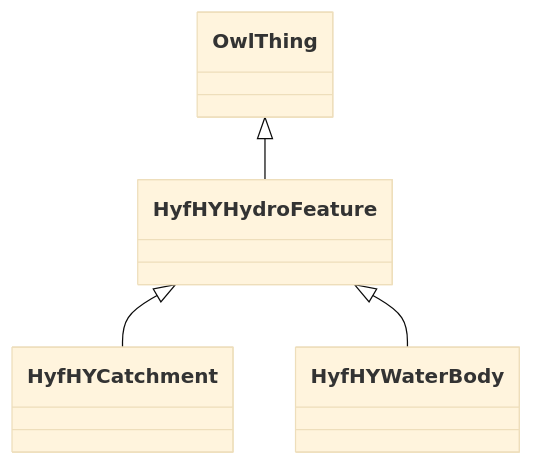
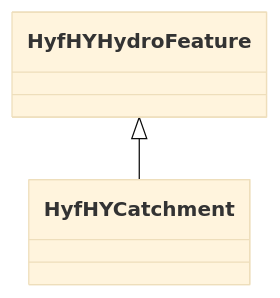
The diagram in hydrology-kg/classes/HyfHYHydroFeature.md (frink-okn/graph-descriptions), drawn with Mermaid (base theme) before and after one commit. The commit also changed other lines of this file and 253 other files, not shown here.

````diff
--- a/hydrology-kg/classes/HyfHYHydroFeature.md
+++ b/hydrology-kg/classes/HyfHYHydroFeature.md
@@ -16,16 +23,9 @@
 ```mermaid
  classDiagram
     class HyfHYHydroFeature
     click HyfHYHydroFeature href "../HyfHYHydroFeature"
-      OwlThing <|-- HyfHYHydroFeature
-        click OwlThing href "../OwlThing"
-      
-
       HyfHYHydroFeature <|-- HyfHYCatchment
         click HyfHYCatchment href "../HyfHYCatchment"
-      HyfHYHydroFeature <|-- HyfHYWaterBody
-        click HyfHYWaterBody href "../HyfHYWaterBody"
-      
       
       
 ```
````
